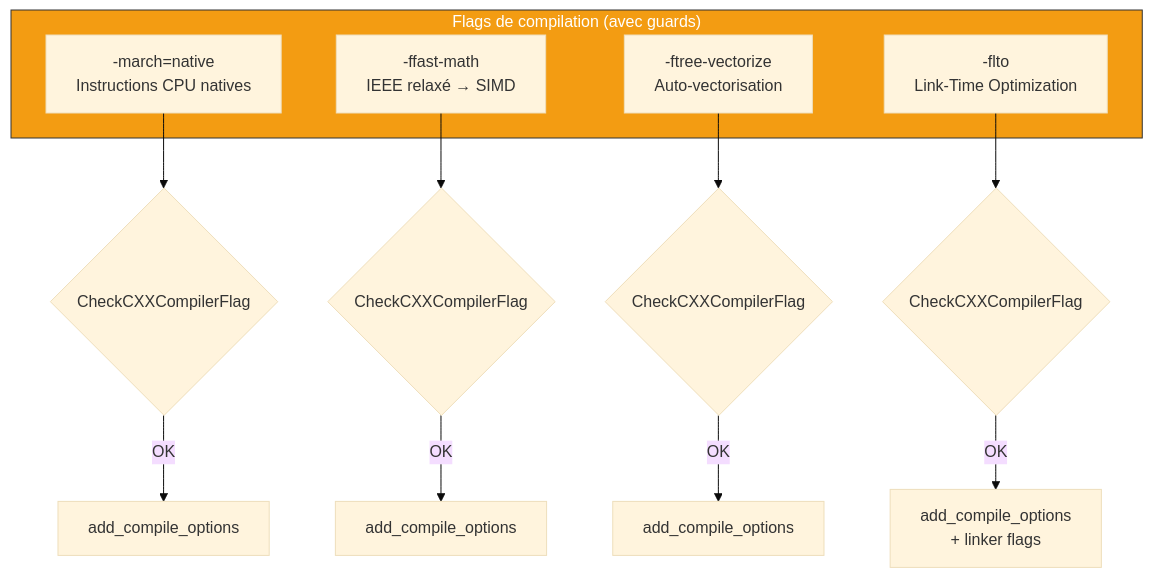
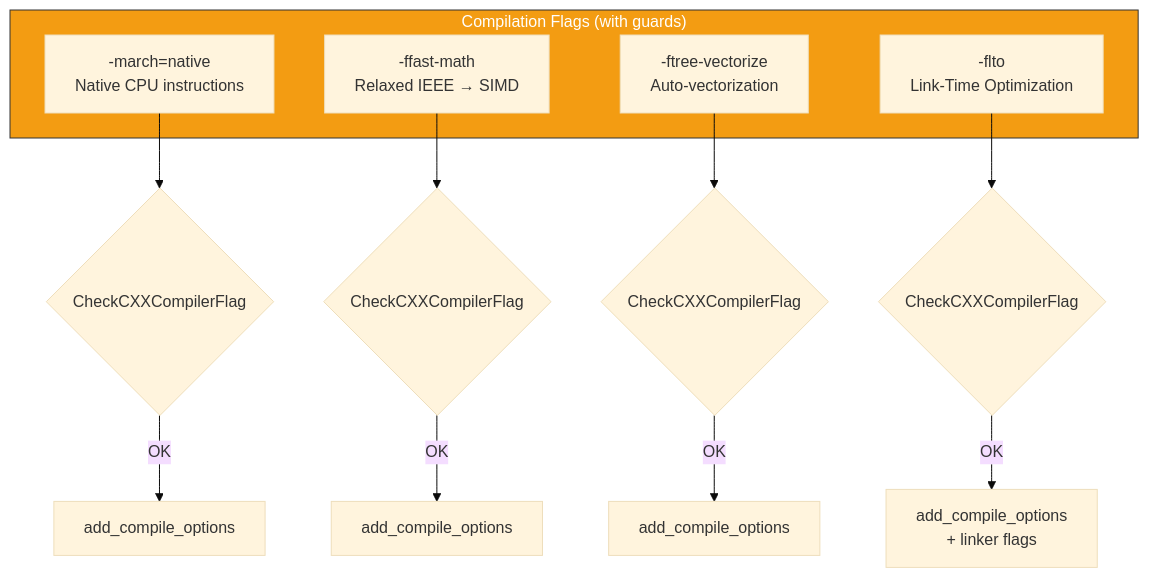
Before and after one commit to f4tnk/gr-osmosdr: diagram 13 of 15 in OPTIMIZATION-F4TNK.md, drawn with Mermaid (base theme). The commit also changed other lines of this file, not shown here.

````diff
--- a/OPTIMIZATION-F4TNK.md
+++ b/OPTIMIZATION-F4TNK.md
@@ -342,21 +342,21 @@
 ```mermaid
 flowchart TD
-    subgraph FLAGS["Flags de compilation (avec guards)"]
-        F1["-march=native<br/>Instructions CPU natives"]
-        F2["-ffast-math<br/>IEEE relaxé → SIMD"]
-        F3["-ftree-vectorize<br/>Auto-vectorisation"]
+    subgraph FLAGS["Compilation Flags (with guards)"]
+        F1["-march=native<br/>Native CPU instructions"]
+        F2["-ffast-math<br/>Relaxed IEEE → SIMD"]
+        F3["-ftree-vectorize<br/>Auto-vectorization"]
         F4["-flto<br/>Link-Time Optimization"]
     end
 
     F1 --> CHECK1{"CheckCXXCompilerFlag"}
     F2 --> CHECK2{"CheckCXXCompilerFlag"}
     F3 --> CHECK3{"CheckCXXCompilerFlag"}
     F4 --> CHECK4{"CheckCXXCompilerFlag"}
 
     CHECK1 -->|OK| ADD1["add_compile_options"]
     CHECK2 -->|OK| ADD2["add_compile_options"]
     CHECK3 -->|OK| ADD3["add_compile_options"]
     CHECK4 -->|OK| ADD4["add_compile_options<br/>+ linker flags"]
 
     style FLAGS fill:#f39c12,stroke:#333,color:#fff
 ```
````
